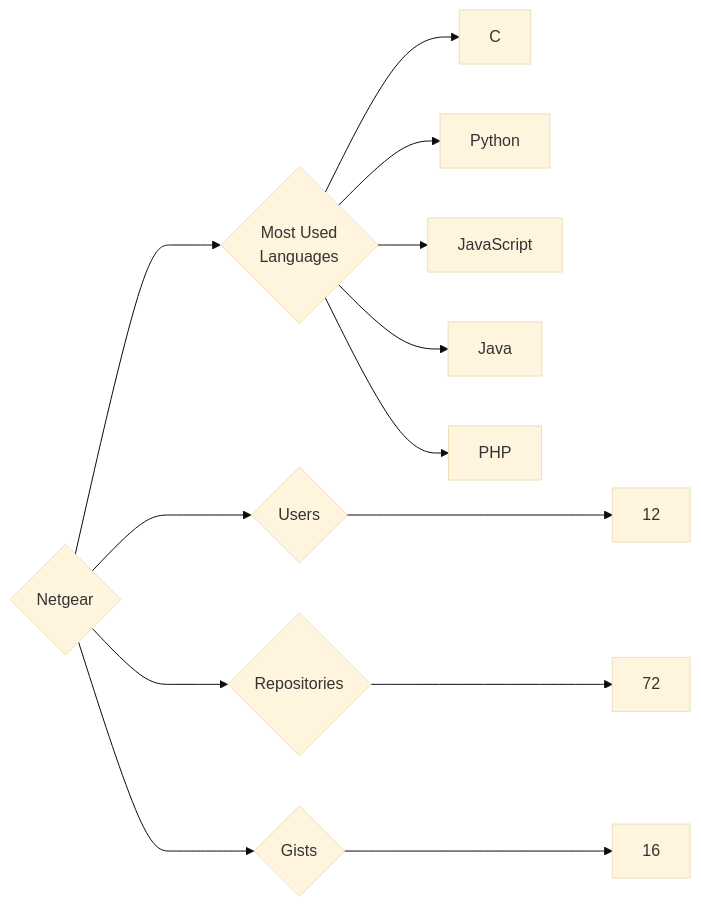
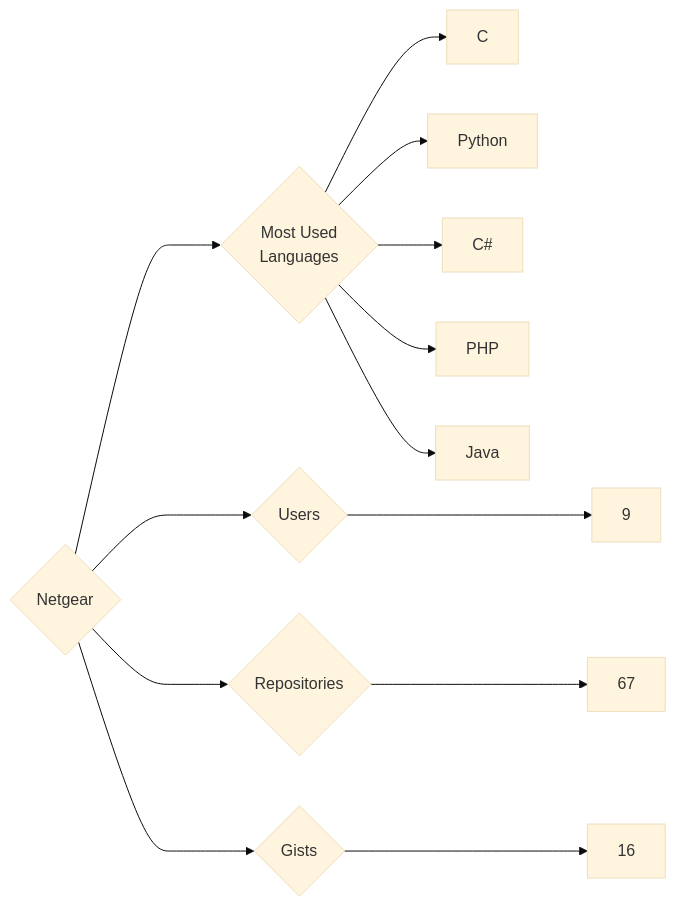
One commit to trickest/insiders changed the diagram in targets/Netgear/README.md. Above: the diagram before and after it, drawn with Mermaid (base theme). The commit also changed 871 other files, not shown here.

````diff
--- a/targets/Netgear/README.md
+++ b/targets/Netgear/README.md
@@ -3,13 +3,13 @@
 ```mermaid
 graph LR
 COMPANY_NAME{Netgear}
-COMPANY_NAME ---> U{Users} ---> UN[12]
-COMPANY_NAME ---> R{Repositories} ---> RN[72]
+COMPANY_NAME ---> U{Users} ---> UN[9]
+COMPANY_NAME ---> R{Repositories} ---> RN[67]
 COMPANY_NAME ---> G{Gists} ---> GN[16]
 COMPANY_NAME ---> ML{Most Used<br>Languages}
 ML --> C[C]
 ML --> Python[Python]
-ML --> JavaScript[JavaScript]
+ML --> C#[C#]
+ML --> PHP[PHP]
 ML --> Java[Java]
-ML --> PHP[PHP]
 ```
````
